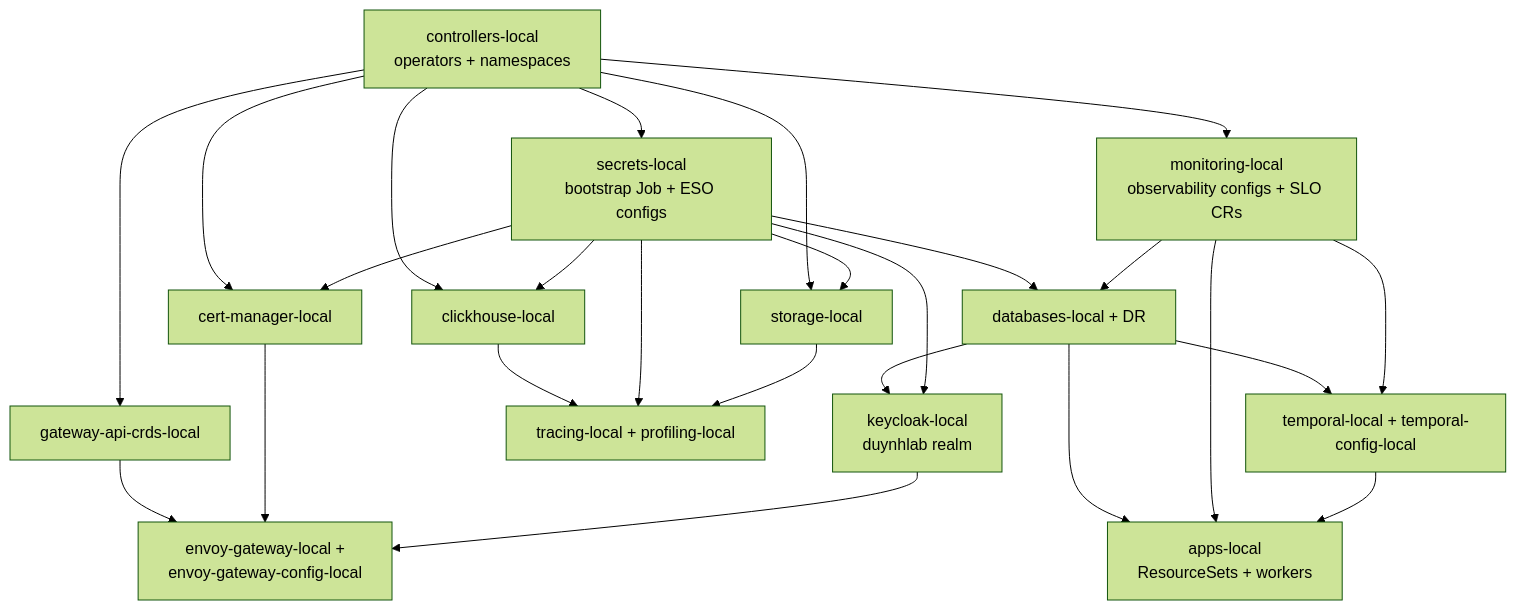
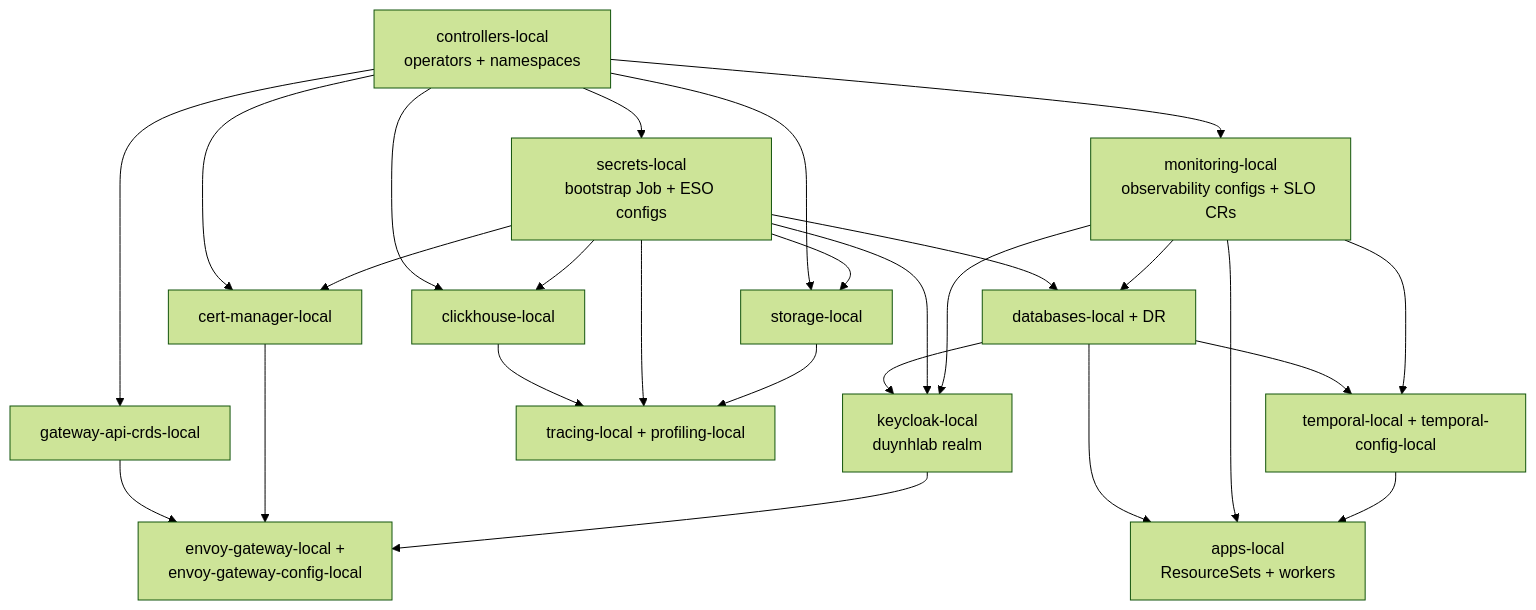
Before and after one commit to duynhlab/homelab: the diagram in docs/platform/README.md, drawn with Mermaid (forest theme). The commit also changed other lines of this file and 11 other files, not shown here.

````diff
--- a/docs/platform/README.md
+++ b/docs/platform/README.md
@@ -38,41 +38,42 @@
 ```mermaid
 flowchart TD
     controllers["controllers-local<br/>operators + namespaces"]
     secrets["secrets-local<br/>bootstrap Job + ESO configs"]
     certmgr["cert-manager-local"]
     gwcrds["gateway-api-crds-local"]
     keycloak["keycloak-local<br/>duynhlab realm"]
     edge["envoy-gateway-local +<br/>envoy-gateway-config-local"]
     monitoring["monitoring-local<br/>observability configs + SLO CRs"]
     storage["storage-local"]
     clickhouse["clickhouse-local"]
     tracing["tracing-local + profiling-local"]
     databases["databases-local + DR"]
     temporal["temporal-local + temporal-config-local"]
     apps["apps-local<br/>ResourceSets + workers"]
 
     controllers --> secrets
     controllers --> certmgr
     controllers --> monitoring
     secrets --> certmgr
     controllers --> gwcrds
     gwcrds --> edge
     certmgr --> edge
     keycloak --> edge
     databases --> keycloak
     secrets --> keycloak
+    monitoring --> keycloak
     controllers --> storage
     secrets --> storage
     controllers --> clickhouse
     secrets --> clickhouse
     clickhouse --> tracing
     secrets --> tracing
     storage --> tracing
     secrets --> databases
     monitoring --> databases
     databases --> temporal
     monitoring --> temporal
     databases --> apps
     monitoring --> apps
     temporal --> apps
 ```
````
